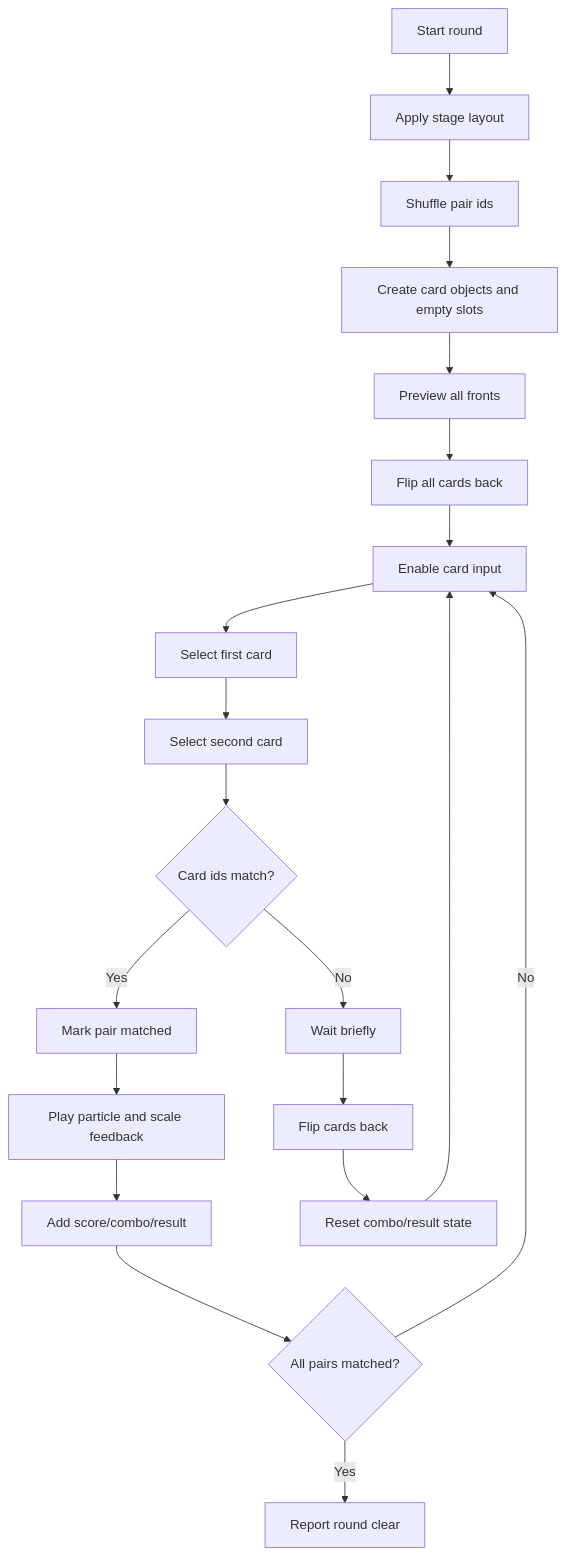
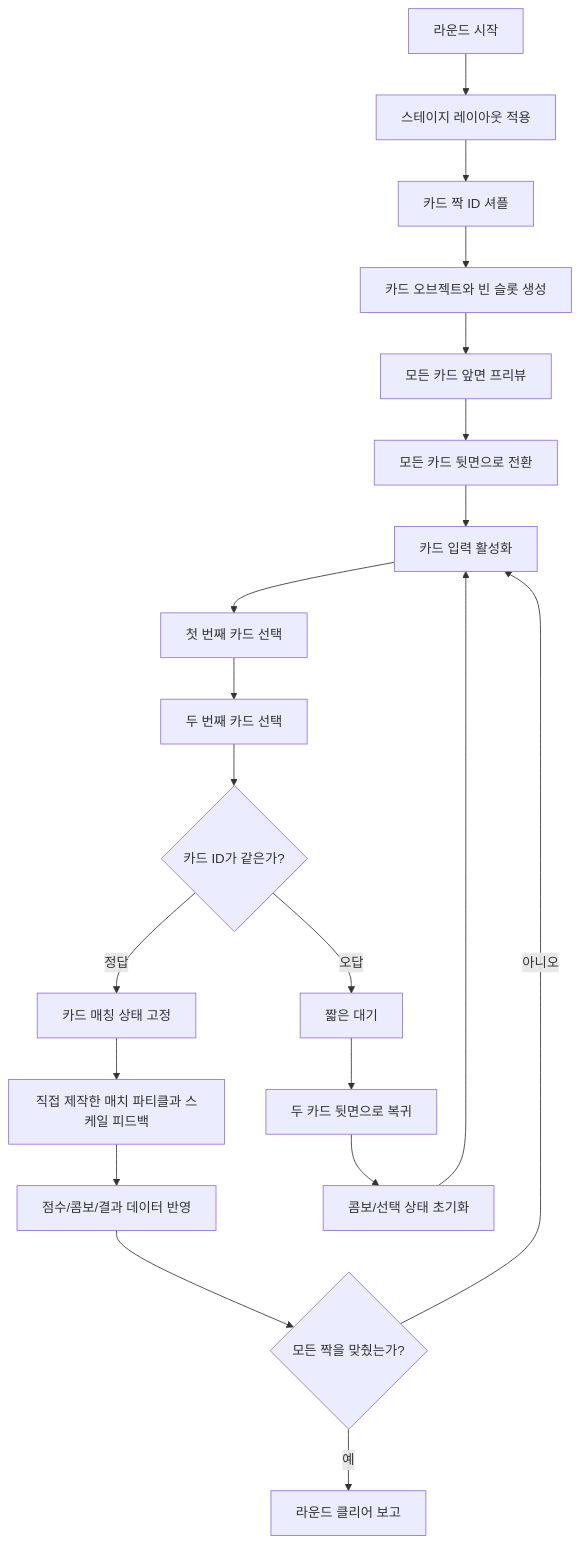
The fifth of 6 diagrams in docs/content-flowcharts.md (yangwonkyu/memoleaf), drawn with Mermaid before and after one commit. The commit also changed other lines of this file and 4 other files, not shown here.

Commit message:
Document Korean flowcharts and custom presentation work

````diff
--- a/docs/content-flowcharts.md
+++ b/docs/content-flowcharts.md
@@ -87,22 +87,22 @@
 ```mermaid
 flowchart TD
-    A[Start round] --> B[Apply stage layout]
-    B --> C[Shuffle pair ids]
-    C --> D[Create card objects and empty slots]
-    D --> E[Preview all fronts]
-    E --> F[Flip all cards back]
-    F --> G[Enable card input]
-    G --> H[Select first card]
-    H --> I[Select second card]
-    I --> J{Card ids match?}
-    J -->|Yes| K[Mark pair matched]
-    K --> L[Play particle and scale feedback]
-    L --> M[Add score/combo/result]
-    M --> N{All pairs matched?}
-    N -->|No| G
-    N -->|Yes| O[Report round clear]
-    J -->|No| P[Wait briefly]
-    P --> Q[Flip cards back]
-    Q --> R[Reset combo/result state]
+    A[라운드 시작] --> B[스테이지 레이아웃 적용]
+    B --> C[카드 짝 ID 셔플]
+    C --> D[카드 오브젝트와 빈 슬롯 생성]
+    D --> E[모든 카드 앞면 프리뷰]
+    E --> F[모든 카드 뒷면으로 전환]
+    F --> G[카드 입력 활성화]
+    G --> H[첫 번째 카드 선택]
+    H --> I[두 번째 카드 선택]
+    I --> J{카드 ID가 같은가?}
+    J -->|정답| K[카드 매칭 상태 고정]
+    K --> L[직접 제작한 매치 파티클과 스케일 피드백]
+    L --> M[점수/콤보/결과 데이터 반영]
+    M --> N{모든 짝을 맞췄는가?}
+    N -->|아니오| G
+    N -->|예| O[라운드 클리어 보고]
+    J -->|오답| P[짧은 대기]
+    P --> Q[두 카드 뒷면으로 복귀]
+    Q --> R[콤보/선택 상태 초기화]
     R --> G
 ```
````
